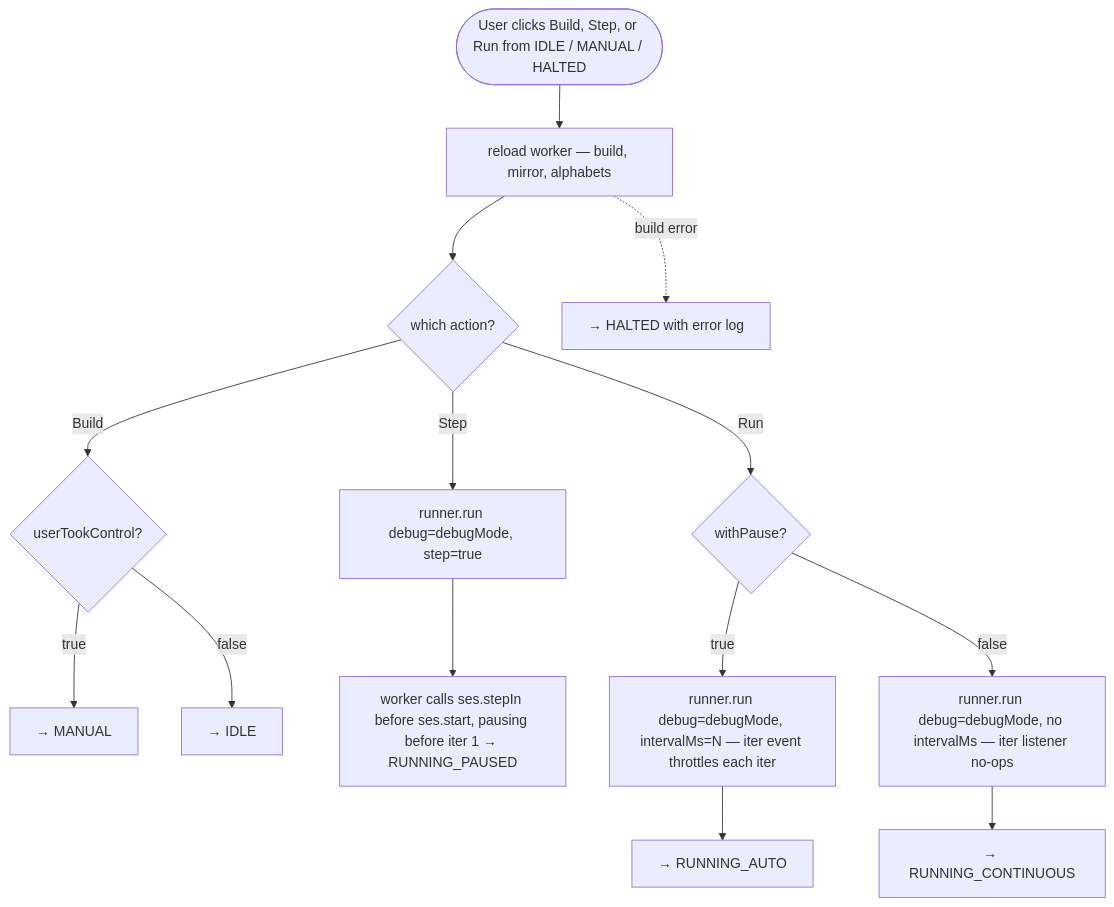
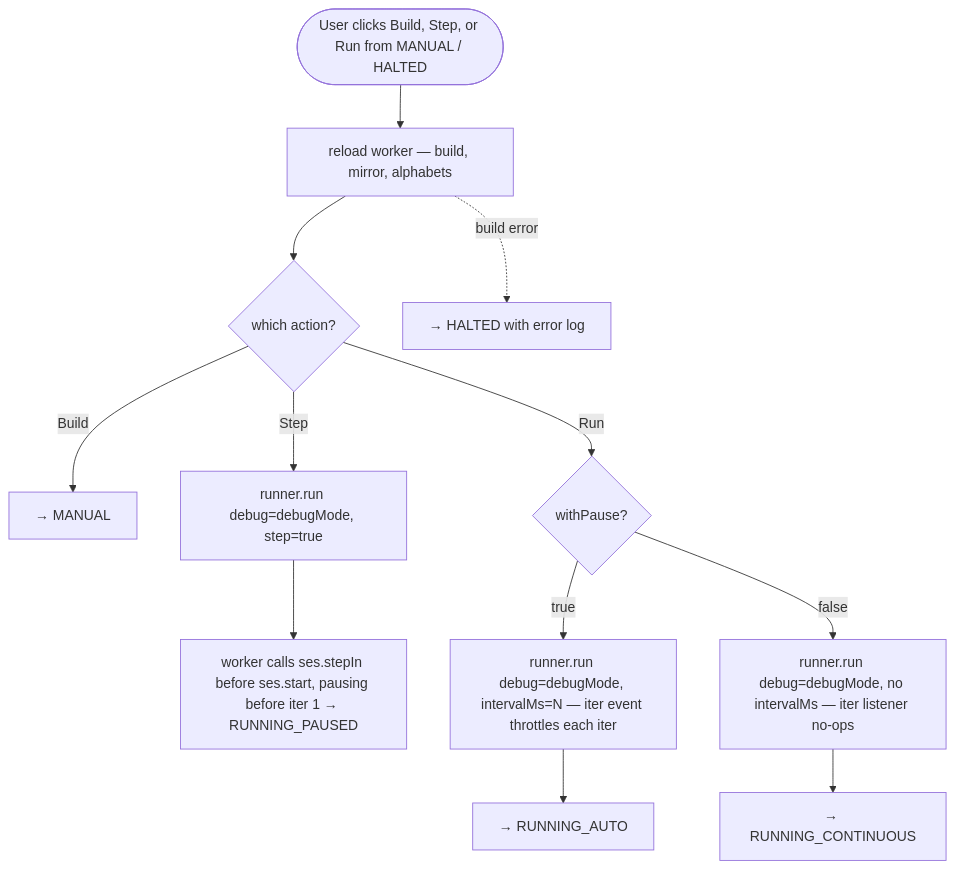
One commit to mellonis/machines-demo changed the second of 3 diagrams in docs/execution-model.md. Above: the diagram before and after it, drawn with Mermaid. The commit also changed other lines of this file and 13 other files, not shown here.

````diff
--- a/docs/execution-model.md
+++ b/docs/execution-model.md
@@ -179,17 +118,15 @@
 ```mermaid
 flowchart TD
-    Start([User clicks Build, Step, or Run from IDLE / MANUAL / HALTED])
+    Start([User clicks Build, Step, or Run from MANUAL / HALTED])
     Start --> Reload[reload worker — build, mirror, alphabets]
     Reload --> Action{which action?}
     Reload -. build error .-> ErrorOut[→ HALTED with error log]
-    Action -->|Build| Resolve1{userTookControl?}
-    Resolve1 -->|true| ManualOut[→ MANUAL]
-    Resolve1 -->|false| IdleOut[→ IDLE]
+    Action -->|Build| ManualOut[→ MANUAL]
     Action -->|Step| RunStep[runner.run debug=debugMode, step=true]
     RunStep --> PauseOut[worker calls ses.stepIn before ses.start, pausing before iter 1 → RUNNING_PAUSED]
     Action -->|Run| WithPause{withPause?}
     WithPause -->|true| RunAuto[runner.run debug=debugMode, intervalMs=N — iter event throttles each iter]
     RunAuto --> AutoOut[→ RUNNING_AUTO]
     WithPause -->|false| RunCont[runner.run debug=debugMode, no intervalMs — iter listener no-ops]
     RunCont --> ContOut[→ RUNNING_CONTINUOUS]
 ```
````
